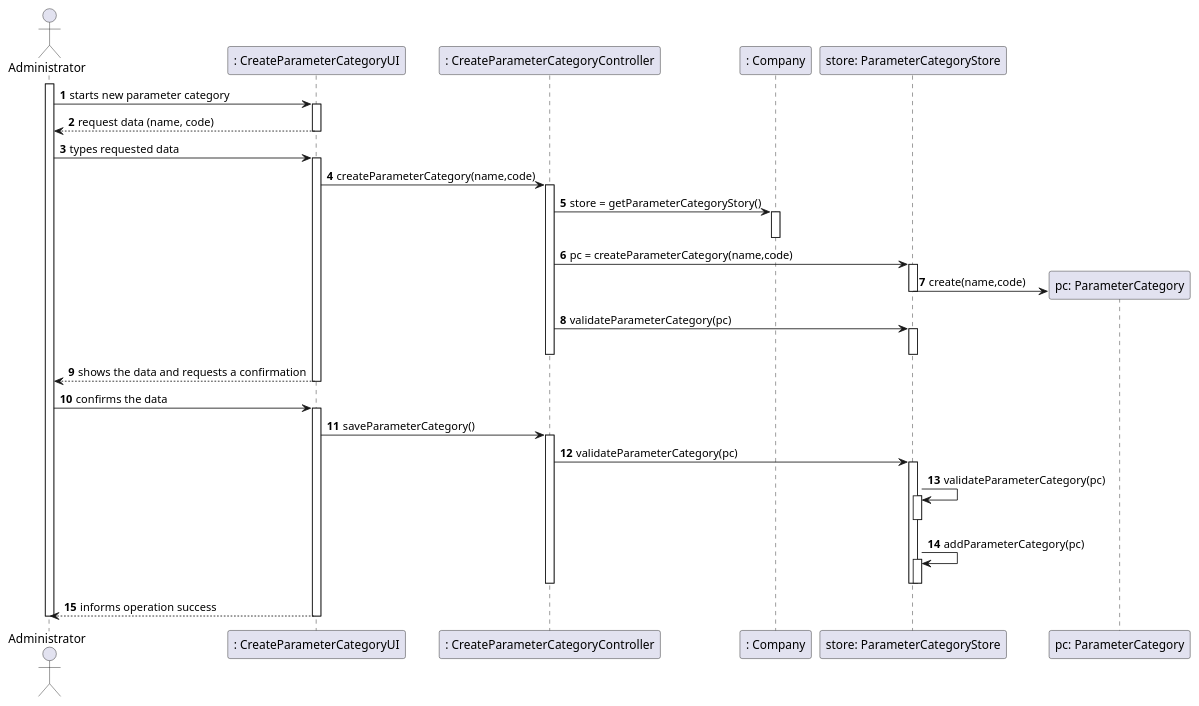
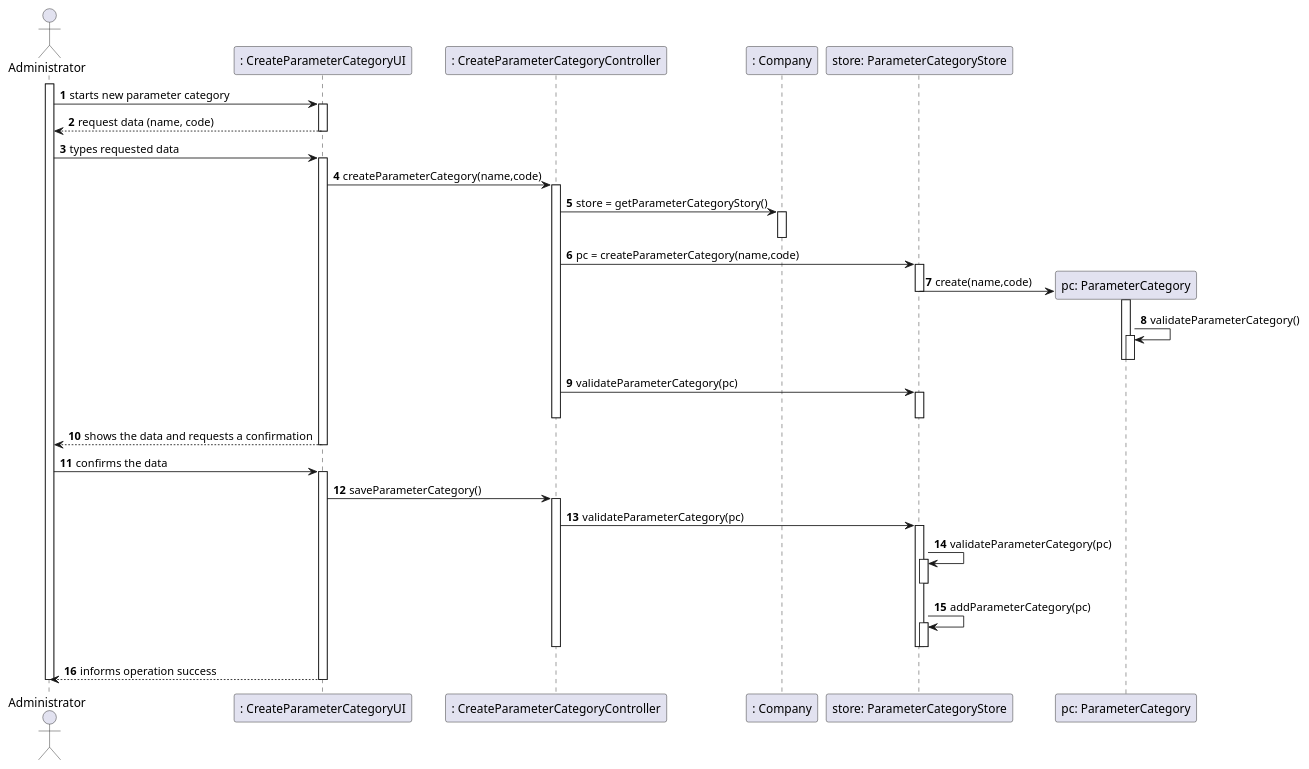
One commit to manu-07-ela/LAPR2_ISEP changed the diagram in docs/SprintB/US11/US11-SD.puml. Above: the diagram before and after it, drawn with PlantUML. The commit also changed 2 other files, not shown here.

```diff
--- a/docs/SprintB/US11/US11-SD.puml
+++ b/docs/SprintB/US11/US11-SD.puml
@@ -1,55 +1,61 @@
 @startuml
 autonumber
 'hide footbox
 actor "Administrator" as Adm
 
 participant ": CreateParameterCategoryUI" as UI
 participant ": CreateParameterCategoryController" as CTRL
 participant ": Company" as Comp
 participant "store: ParameterCategoryStore" as str
 participant "pc: ParameterCategory" as Cat
 
 activate Adm
 Adm-> UI: starts new parameter category
 activate UI
 UI --> Adm : request data (name, code)
 deactivate UI
 Adm -> UI: types requested data
 activate UI
 
 UI -> CTRL : createParameterCategory(name,code)
 activate CTRL
 CTRL -> Comp : store = getParameterCategoryStory()
 activate Comp
 deactivate Comp
 CTRL -> str : pc = createParameterCategory(name,code)
 activate str
 str -> Cat** : create(name,code)
 deactivate str
 
+activate Cat
+Cat -> Cat : validateParameterCategory()
+activate Cat
+deactivate Cat
+deactivate Cat
+
 CTRL -> str : validateParameterCategory(pc)
 activate str
 deactivate str
 deactivate CTRL
 
 UI --> Adm : shows the data and requests a confirmation
 deactivate UI
 Adm -> UI: confirms the data
 activate UI
 
 UI -> CTRL: saveParameterCategory()
 activate CTRL
 CTRL -> str: validateParameterCategory(pc)
 activate str
 str -> str : validateParameterCategory(pc)
 activate str
 deactivate str
 str ->str : addParameterCategory(pc)
 activate str
 deactivate str
 deactivate str
 deactivate CTRL
 UI --> Adm : informs operation success
 deactivate UI
 deactivate Adm
 @enduml
```
